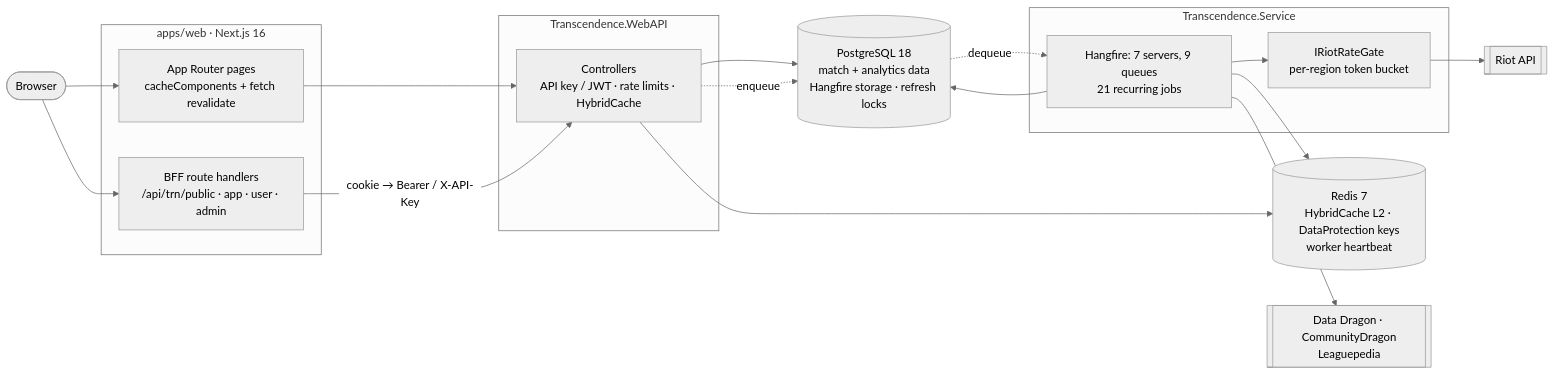
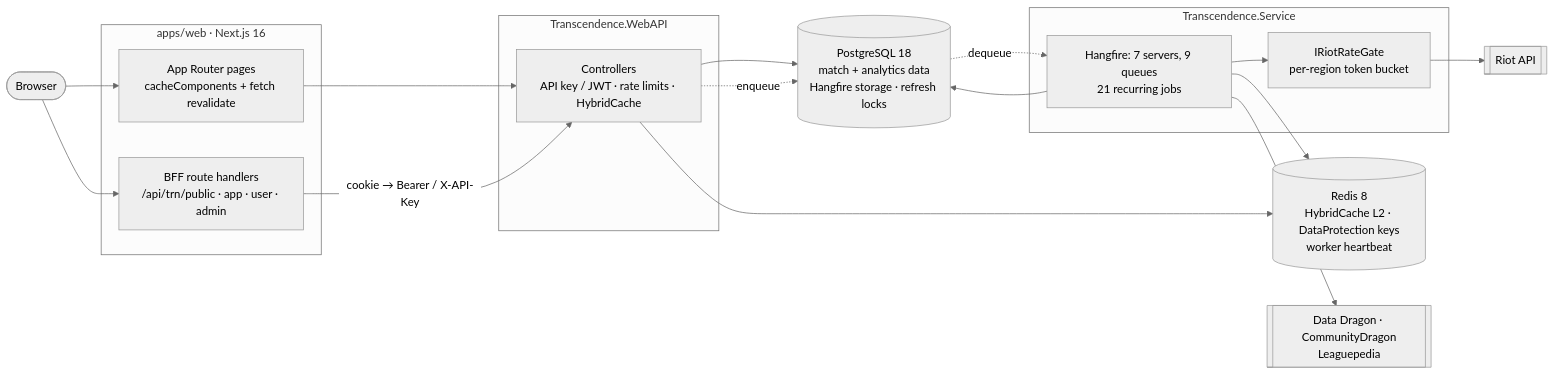
Before and after one commit to luisgon-dev/Transcendence: the first of 2 diagrams in README.md, drawn with Mermaid (neutral theme). The commit also changed other lines of this file, not shown here.

Commit message:
Document PostgreSQL 18 layout and Redis 8 upgrade

````diff
--- a/README.md
+++ b/README.md
@@ -55,36 +55,36 @@
 ```mermaid
 flowchart LR
   Browser([Browser])
 
   subgraph web["apps/web · Next.js 16"]
     Pages["App Router pages<br/>cacheComponents + fetch revalidate"]
     BFF["BFF route handlers<br/>/api/trn/public · app · user · admin"]
   end
 
   subgraph api["Transcendence.WebAPI"]
     Ctl["Controllers<br/>API key / JWT · rate limits · HybridCache"]
   end
 
   subgraph worker["Transcendence.Service"]
     HF["Hangfire: 7 servers, 9 queues<br/>21 recurring jobs"]
     Gate["IRiotRateGate<br/>per-region token bucket"]
   end
 
   PG[("PostgreSQL 18<br/>match + analytics data<br/>Hangfire storage · refresh locks")]
-  Redis[("Redis 7<br/>HybridCache L2 · DataProtection keys<br/>worker heartbeat")]
+  Redis[("Redis 8<br/>HybridCache L2 · DataProtection keys<br/>worker heartbeat")]
   Riot[["Riot API"]]
   Ext[["Data Dragon · CommunityDragon<br/>Leaguepedia"]]
 
   Browser --> Pages
   Browser --> BFF
   Pages --> Ctl
   BFF -->|"cookie → Bearer / X-API-Key"| Ctl
   Ctl --> PG
   Ctl --> Redis
   Ctl -.->|enqueue| PG
   PG -.->|dequeue| HF
   HF --> Gate --> Riot
   HF --> Ext
   HF --> PG
   HF --> Redis
 ```
````
